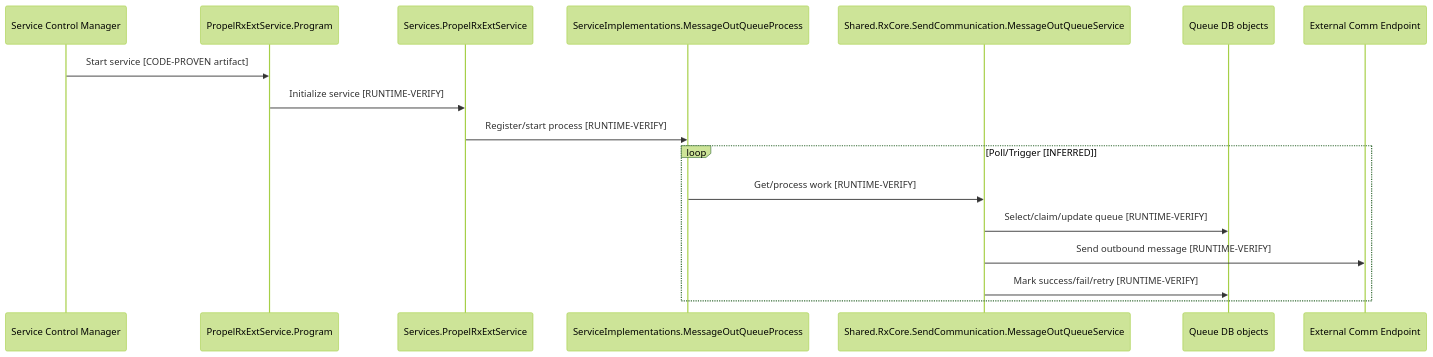
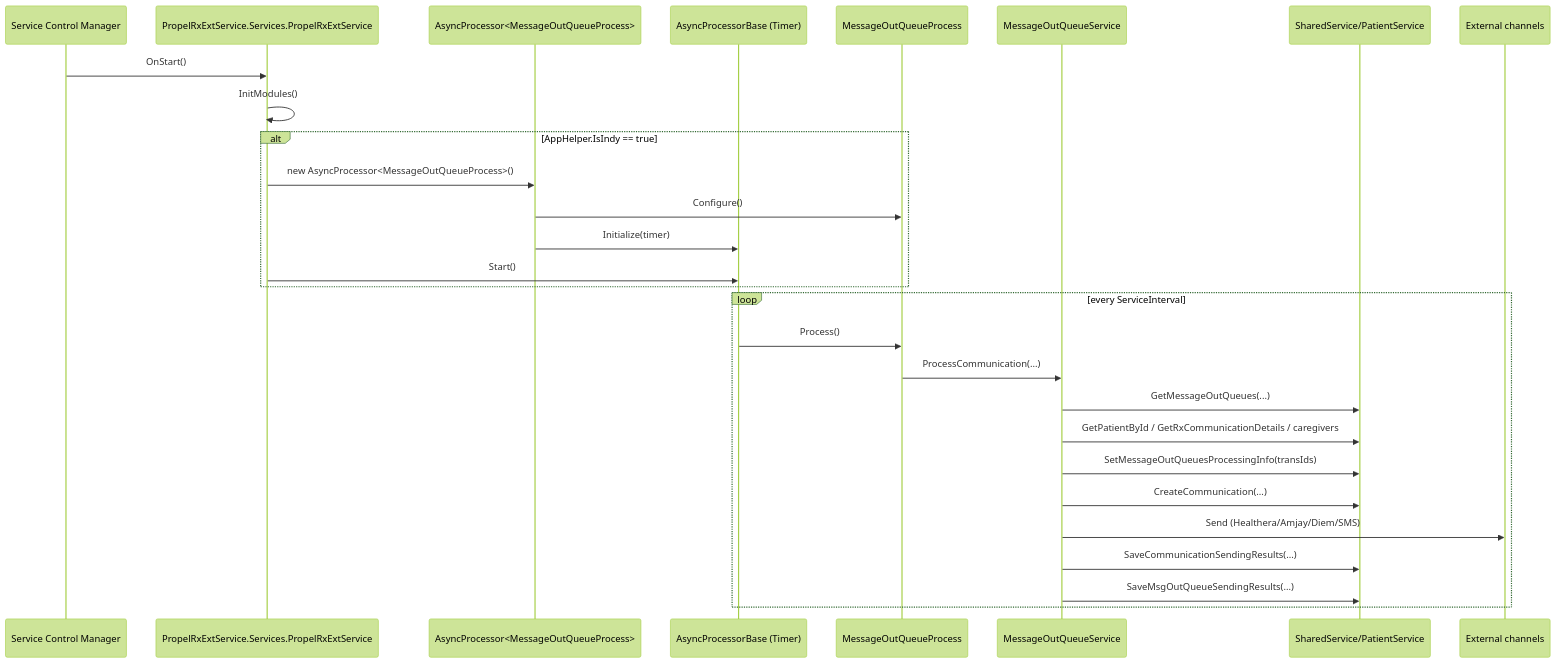
The first of 5 diagrams in Phase2_MessageOutQueueProcess_Assessment.md (straycoder2026/tester), drawn with Mermaid (forest theme) before and after one commit. The commit also changed other lines of this file, not shown here.

````diff
--- a/Phase2_MessageOutQueueProcess_Assessment.md
+++ b/Phase2_MessageOutQueueProcess_Assessment.md
@@ -114,20 +249,31 @@
 ```mermaid
 sequenceDiagram
-	participant SCM as Service Control Manager
-	participant PRG as PropelRxExtService.Program
-	participant SVC as Services.PropelRxExtService
-	participant MOP as ServiceImplementations.MessageOutQueueProcess
-	participant MQS as Shared.RxCore.SendCommunication.MessageOutQueueService
-	participant DB as Queue DB objects
-	participant EXT as External Comm Endpoint
+    participant SCM as Service Control Manager
+    participant SVC as PropelRxExtService.Services.PropelRxExtService
+    participant AP as AsyncProcessor<MessageOutQueueProcess>
+    participant ABase as AsyncProcessorBase (Timer)
+    participant MOP as MessageOutQueueProcess
+    participant MOQS as MessageOutQueueService
+    participant SS as SharedService/PatientService
+    participant EXT as External channels
 
-	SCM->>PRG: Start service [CODE-PROVEN artifact]
-	PRG->>SVC: Initialize service [RUNTIME-VERIFY]
-	SVC->>MOP: Register/start process [RUNTIME-VERIFY]
-	loop Poll/Trigger [INFERRED]
-		MOP->>MQS: Get/process work [RUNTIME-VERIFY]
-		MQS->>DB: Select/claim/update queue [RUNTIME-VERIFY]
-		MQS->>EXT: Send outbound message [RUNTIME-VERIFY]
-		MQS->>DB: Mark success/fail/retry [RUNTIME-VERIFY]
-	end
+    SCM->>SVC: OnStart()
+    SVC->>SVC: InitModules()
+    alt AppHelper.IsIndy == true
+        SVC->>AP: new AsyncProcessor<MessageOutQueueProcess>()
+        AP->>MOP: Configure()
+        AP->>ABase: Initialize(timer)
+        SVC->>ABase: Start()
+    end
+    loop every ServiceInterval
+        ABase->>MOP: Process()
+        MOP->>MOQS: ProcessCommunication(...)
+        MOQS->>SS: GetMessageOutQueues(...)
+        MOQS->>SS: GetPatientById / GetRxCommunicationDetails / caregivers
+        MOQS->>SS: SetMessageOutQueuesProcessingInfo(transIds)
+        MOQS->>SS: CreateCommunication(...)
+        MOQS->>EXT: Send (Healthera/Amjay/Diem/SMS)
+        MOQS->>SS: SaveCommunicationSendingResults(...)
+        MOQS->>SS: SaveMsgOutQueueSendingResults(...)
+    end
 ```
````
